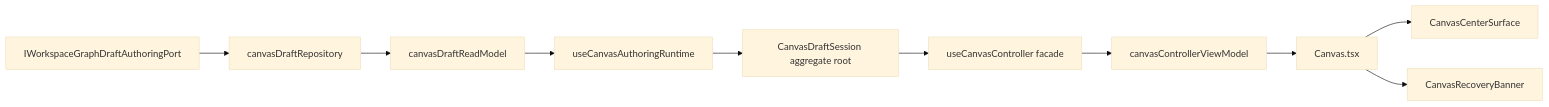
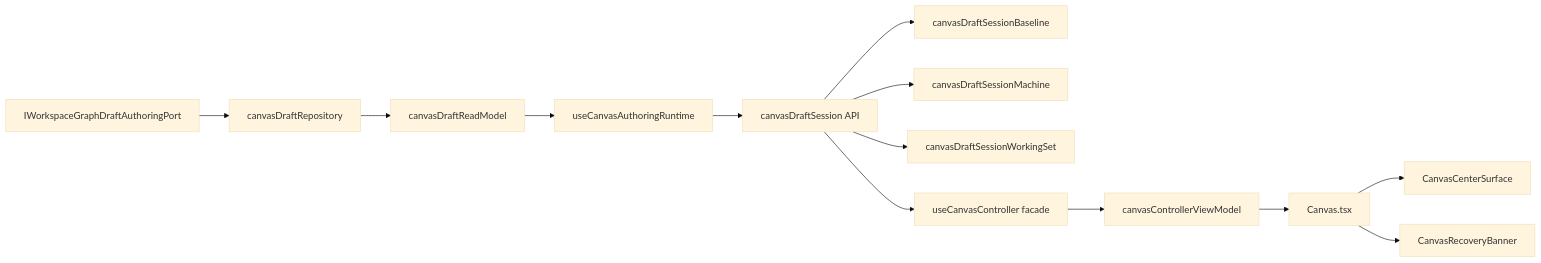
One commit to dunay2/dvt changed the first of 8 diagrams in docs/architecture/components/web/graph/canvas-controller-current-to-target-architecture.md. Above: the diagram before and after it, drawn with Mermaid (base theme). The commit also changed other lines of this file and 23 other files, not shown here.

Commit message:
refactor(web): Convert canvas draft session into a namespaced component API

````diff
--- a/docs/architecture/components/web/graph/canvas-controller-current-to-target-architecture.md
+++ b/docs/architecture/components/web/graph/canvas-controller-current-to-target-architecture.md
@@ -363,12 +399,15 @@
 ```mermaid
 flowchart LR
   Port["IWorkspaceGraphDraftAuthoringPort"] --> Repo["canvasDraftRepository"]
   Repo --> ReadModel["canvasDraftReadModel"]
   ReadModel --> Runtime["useCanvasAuthoringRuntime"]
-  Runtime --> Aggregate["CanvasDraftSession aggregate root"]
+  Runtime --> Aggregate["canvasDraftSession API"]
+  Aggregate --> Baseline["canvasDraftSessionBaseline"]
+  Aggregate --> Machine["canvasDraftSessionMachine"]
+  Aggregate --> WorkingSet["canvasDraftSessionWorkingSet"]
   Aggregate --> Controller["useCanvasController facade"]
   Controller --> ViewModel["canvasControllerViewModel"]
   ViewModel --> Route["Canvas.tsx"]
   Route --> Center["CanvasCenterSurface"]
   Route --> Recovery["CanvasRecoveryBanner"]
 ```
````
